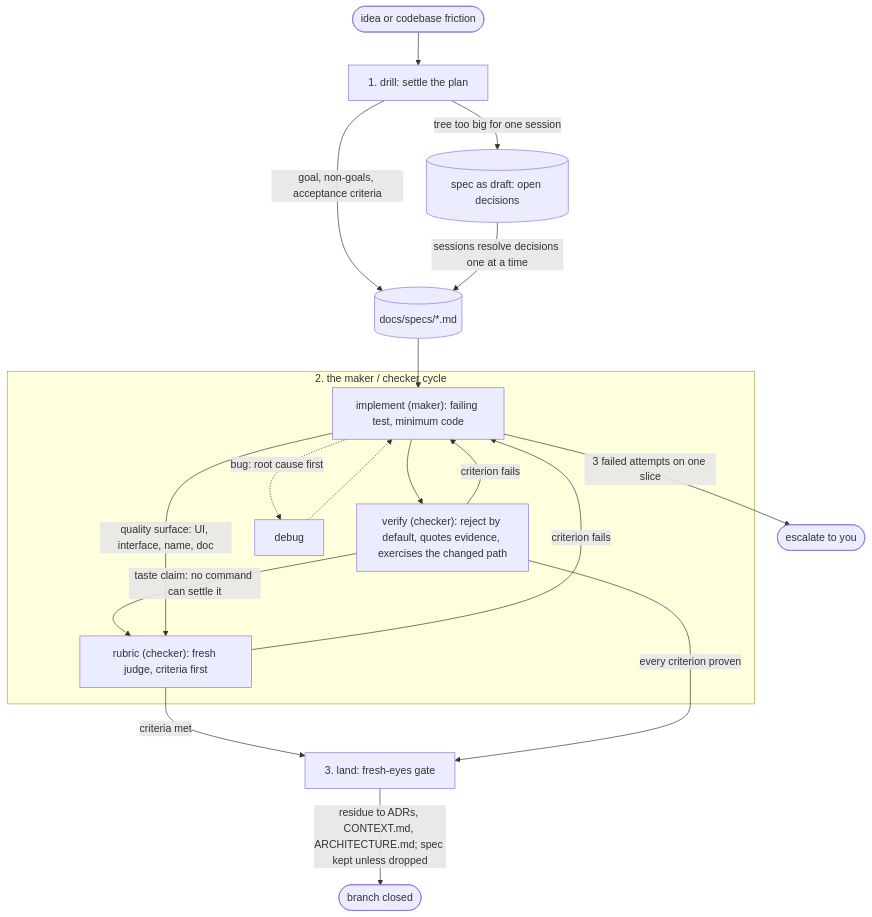
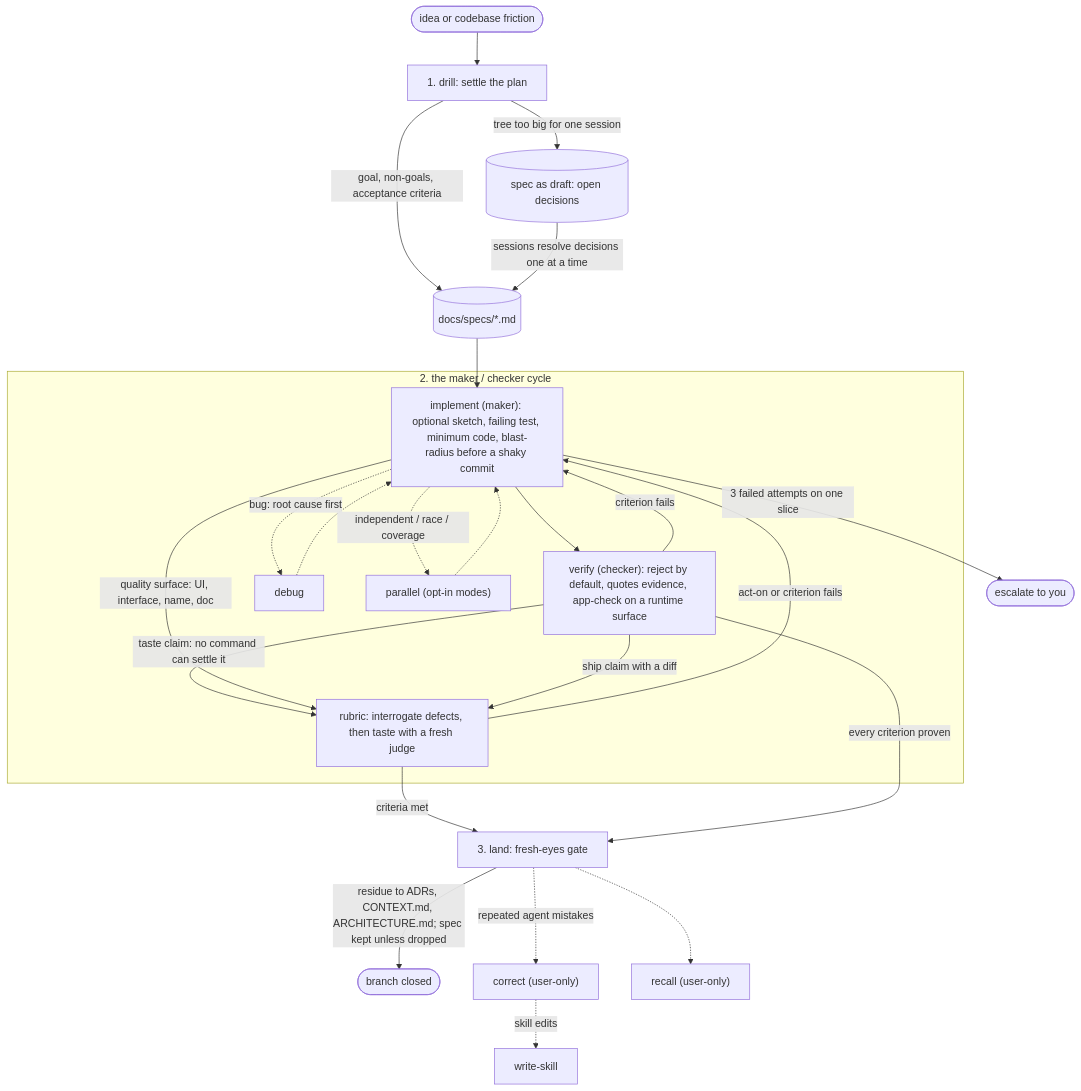
Before and after one commit to pwguler/skills: the diagram in README.md, drawn with Mermaid. The commit also changed other lines of this file and 4 other files, not shown here.

````diff
--- a/README.md
+++ b/README.md
@@ -53,23 +53,29 @@
 ```mermaid
 flowchart TD
     idea([idea or codebase friction]) --> drill["1. drill: settle the plan"]
     drill -- "goal, non-goals, acceptance criteria" --> spec[("docs/specs/*.md")]
     drill -- "tree too big for one session" --> draft[("spec as draft: open decisions")]
     draft -- "sessions resolve decisions one at a time" --> spec
     spec --> impl
 
     subgraph cycle["2. the maker / checker cycle"]
-        impl["implement (maker): failing test, minimum code"] --> verify["verify (checker): reject by default, quotes evidence, exercises the changed path"]
+        impl["implement (maker): optional sketch, failing test, minimum code, blast-radius before a shaky commit"] --> verify["verify (checker): reject by default, quotes evidence, app-check on a runtime surface"]
         verify -- "criterion fails" --> impl
         impl -. "bug: root cause first" .-> debug
         debug -.-> impl
-        rub["rubric (checker): fresh judge, criteria first"] -- "criterion fails" --> impl
+        impl -. "independent / race / coverage" .-> par["parallel (opt-in modes)"]
+        par -.-> impl
+        rub["rubric: interrogate defects, then taste with a fresh judge"] -- "act-on or criterion fails" --> impl
     end
 
     verify -- "taste claim: no command can settle it" --> rub
     impl -- "quality surface: UI, interface, name, doc" --> rub
+    verify -- "ship claim with a diff" --> rub
     rub -- "criteria met" --> land
     verify -- "every criterion proven" --> land["3. land: fresh-eyes gate"]
     impl -- "3 failed attempts on one slice" --> you(["escalate to you"])
     land -- "residue to ADRs, CONTEXT.md, ARCHITECTURE.md; spec kept unless dropped" --> done([branch closed])
+    land -. "repeated agent mistakes" .-> correct["correct (user-only)"]
+    land -.-> recall["recall (user-only)"]
+    correct -. "skill edits" .-> writeskill["write-skill"]
 ```
````
